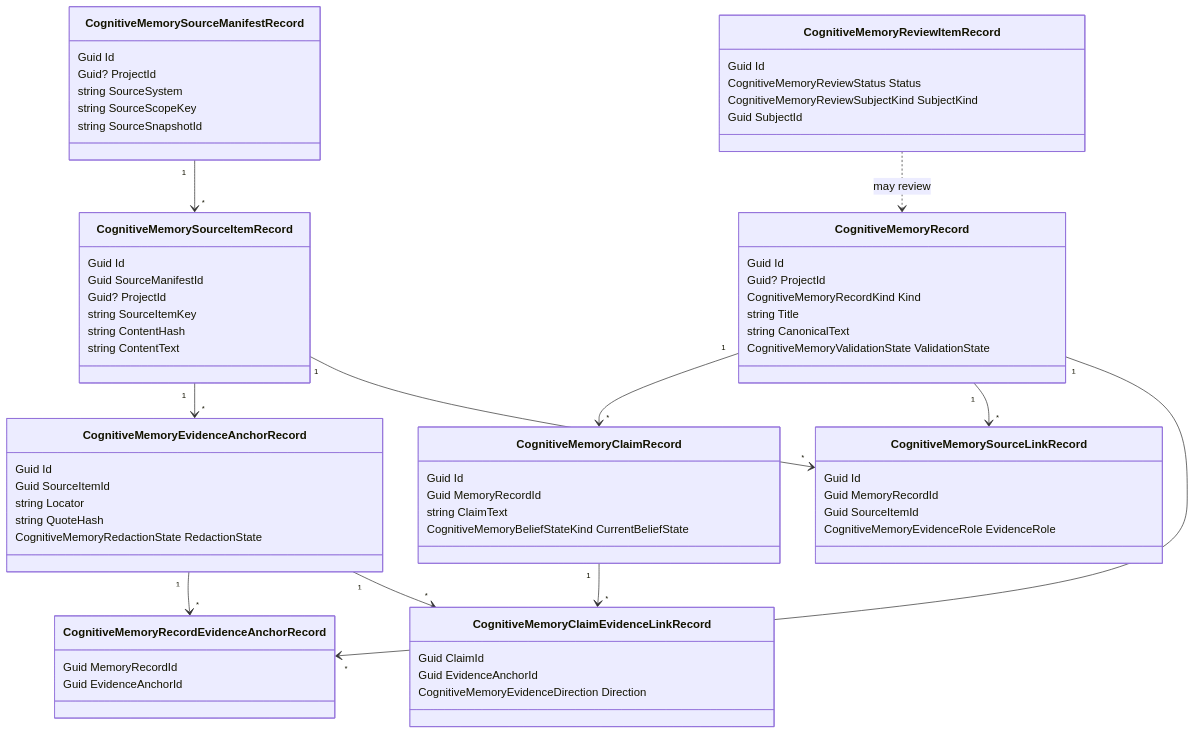
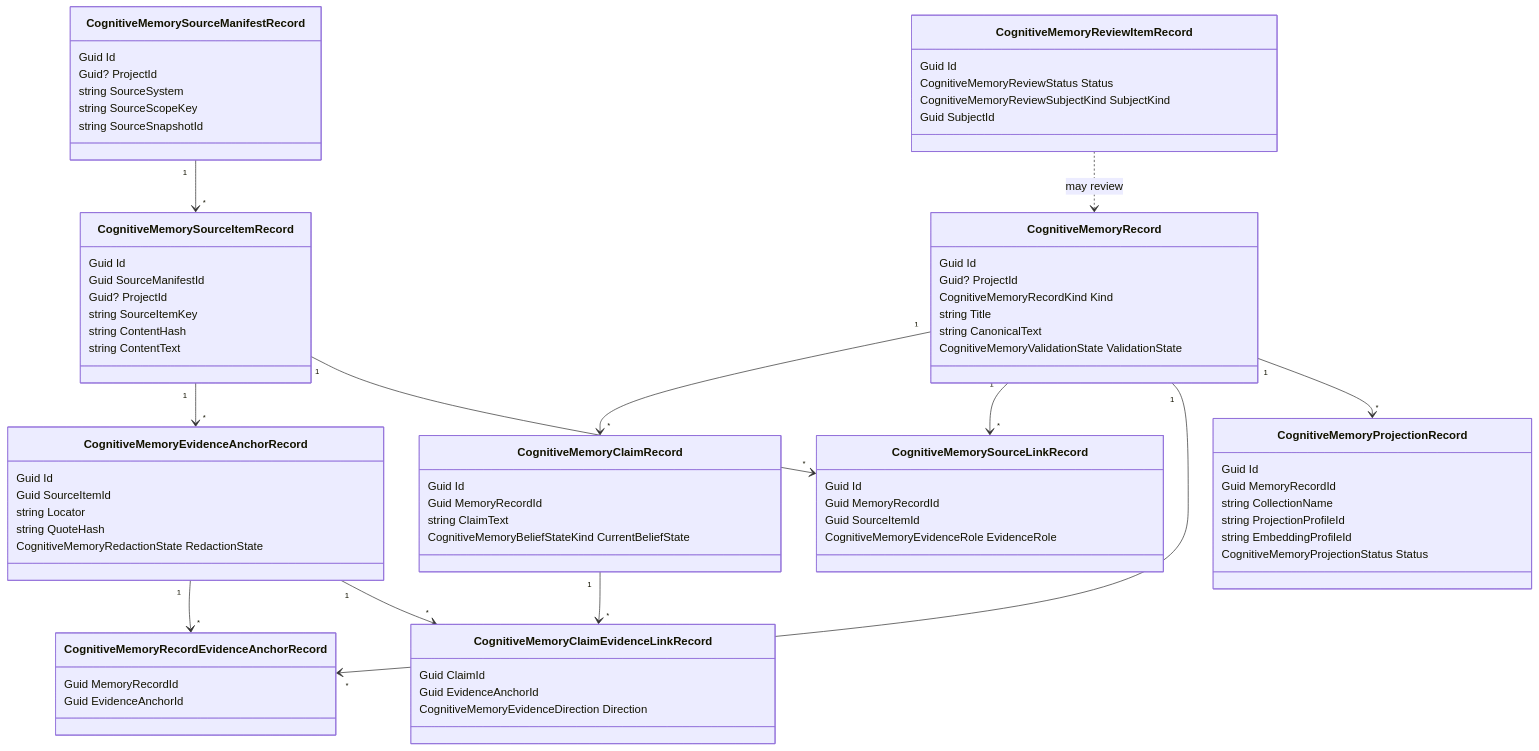
The first of 2 diagrams in docs/cognitive-memory/architecture/domain-model.md (fyziktom/CanDoItAll), drawn with Mermaid before and after one commit. The commit also changed other lines of this file and 61 other files, not shown here.

````diff
--- a/docs/cognitive-memory/architecture/domain-model.md
+++ b/docs/cognitive-memory/architecture/domain-model.md
@@ -70,6 +70,15 @@
         Guid SubjectId
     }
 
+    class CognitiveMemoryProjectionRecord {
+        Guid Id
+        Guid MemoryRecordId
+        string CollectionName
+        string ProjectionProfileId
+        string EmbeddingProfileId
+        CognitiveMemoryProjectionStatus Status
+    }
+
     CognitiveMemorySourceManifestRecord "1" --> "*" CognitiveMemorySourceItemRecord
     CognitiveMemorySourceItemRecord "1" --> "*" CognitiveMemoryEvidenceAnchorRecord
     CognitiveMemoryRecord "1" --> "*" CognitiveMemoryClaimRecord
@@ -80,4 +89,5 @@
     CognitiveMemoryClaimRecord "1" --> "*" CognitiveMemoryClaimEvidenceLinkRecord
     CognitiveMemoryEvidenceAnchorRecord "1" --> "*" CognitiveMemoryClaimEvidenceLinkRecord
     CognitiveMemoryReviewItemRecord ..> CognitiveMemoryRecord : may review
+    CognitiveMemoryRecord "1" --> "*" CognitiveMemoryProjectionRecord
 ```
````
